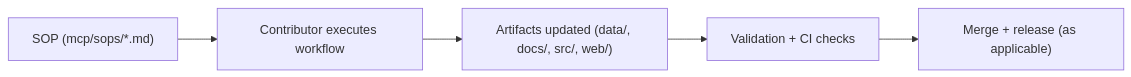
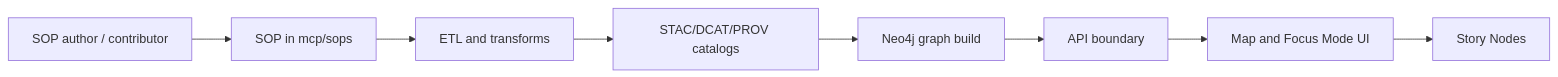
Before and after one commit to bartytime4life/Kansas-Frontier-Matrix: the diagram in mcp/sops/README.md, drawn with Mermaid. The commit also changed other lines of this file, not shown here.

```diff
--- a/mcp/sops/README.md
+++ b/mcp/sops/README.md
@@ -136,7 +193,10 @@
 ~~~mermaid
 flowchart LR
-  A["SOP (mcp/sops/*.md)"] --> B["Contributor executes workflow"]
-  B --> C["Artifacts updated (data/, docs/, src/, web/)"]
-  C --> D["Validation + CI checks"]
-  D --> E["Merge + release (as applicable)"]
+  A["SOP author / contributor"] --> B["SOP in mcp/sops"]
+  B --> C["ETL and transforms"]
+  C --> D["STAC/DCAT/PROV catalogs"]
+  D --> E["Neo4j graph build"]
+  E --> F["API boundary"]
+  F --> G["Map and Focus Mode UI"]
+  G --> H["Story Nodes"]
 ~~~
```
